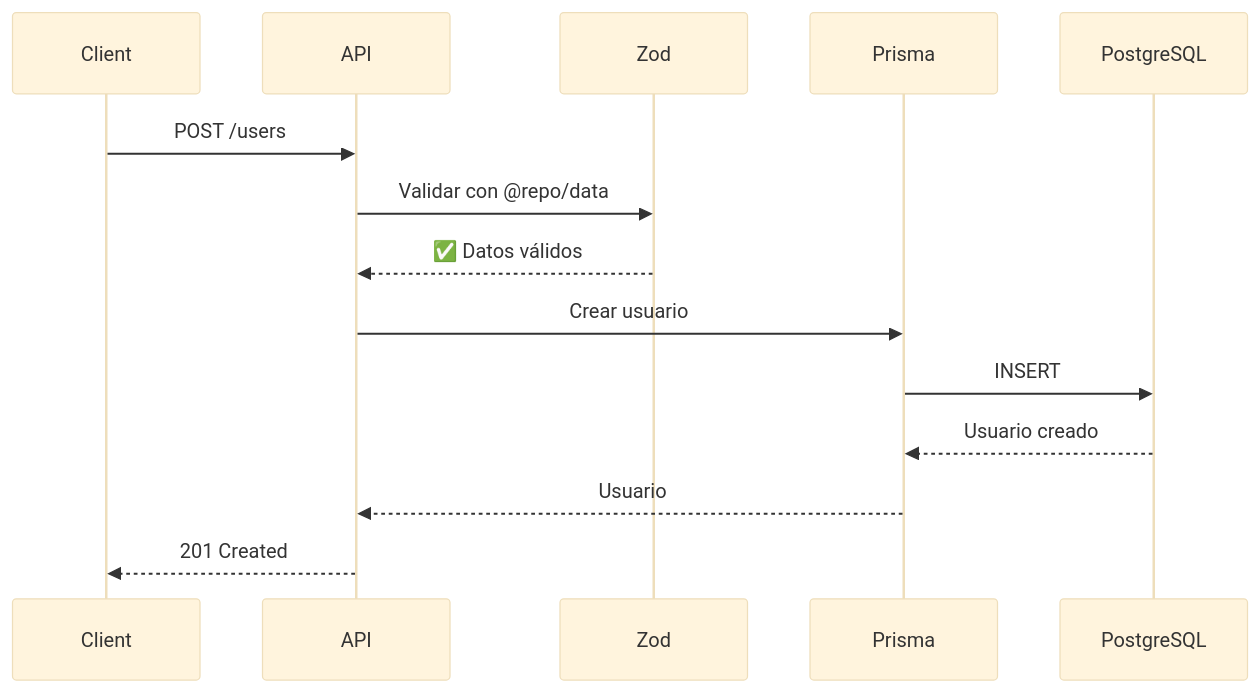
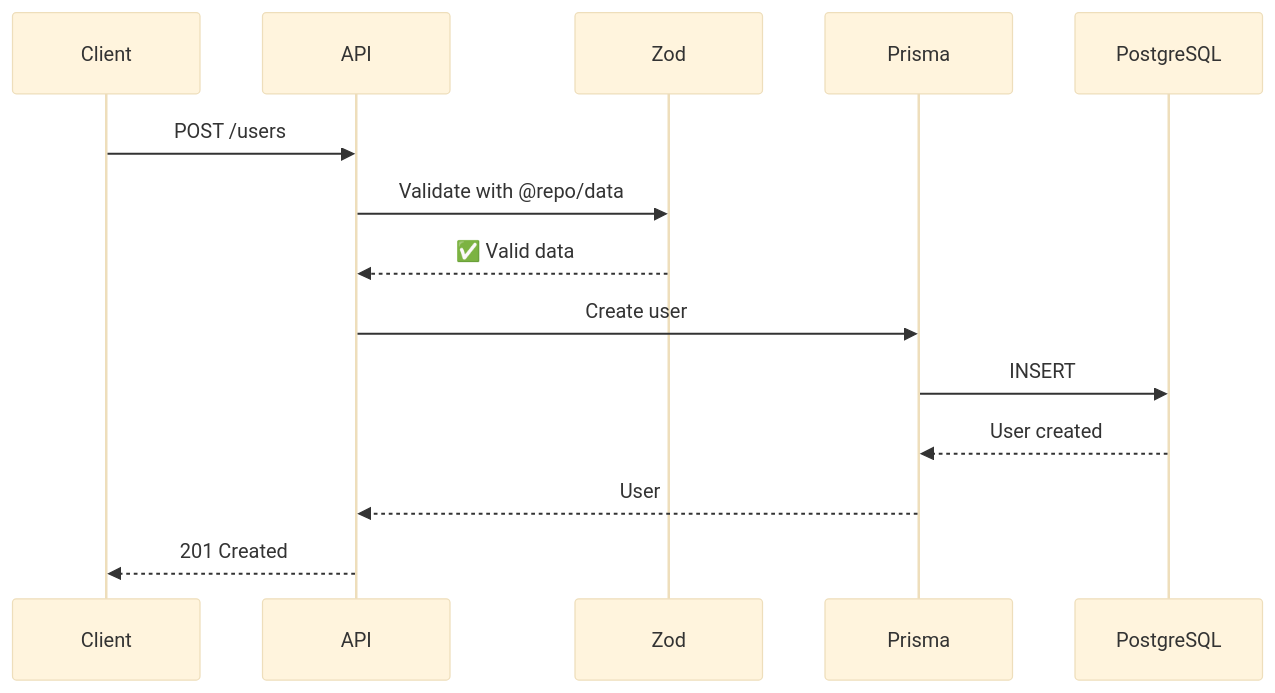
Before and after one commit to sikeat7/fullstack-starter: the diagram in docs/ARCHITECTURE.md, drawn with Mermaid (base theme). The commit also changed other lines of this file and 10 other files, not shown here.

````diff
--- a/docs/ARCHITECTURE.md
+++ b/docs/ARCHITECTURE.md
@@ -332,11 +332,11 @@
 ```mermaid
 sequenceDiagram
     Client->>API: POST /users
-    API->>Zod: Validar con @repo/data
-    Zod-->>API: ✅ Datos válidos
-    API->>Prisma: Crear usuario
+    API->>Zod: Validate with @repo/data
+    Zod-->>API: ✅ Valid data
+    API->>Prisma: Create user
     Prisma->>PostgreSQL: INSERT
-    PostgreSQL-->>Prisma: Usuario creado
-    Prisma-->>API: Usuario
+    PostgreSQL-->>Prisma: User created
+    Prisma-->>API: User
     API-->>Client: 201 Created
 ```
````
